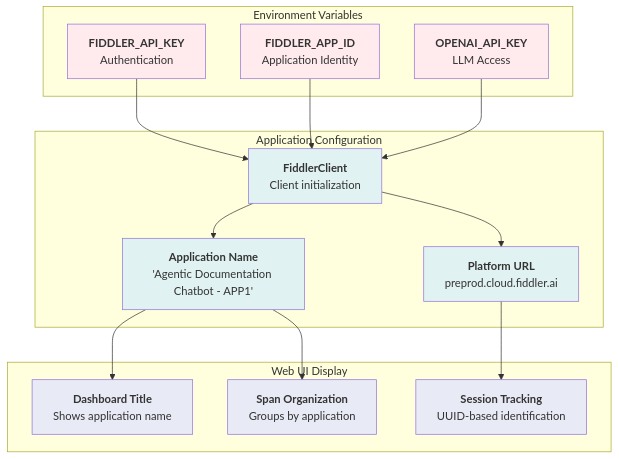
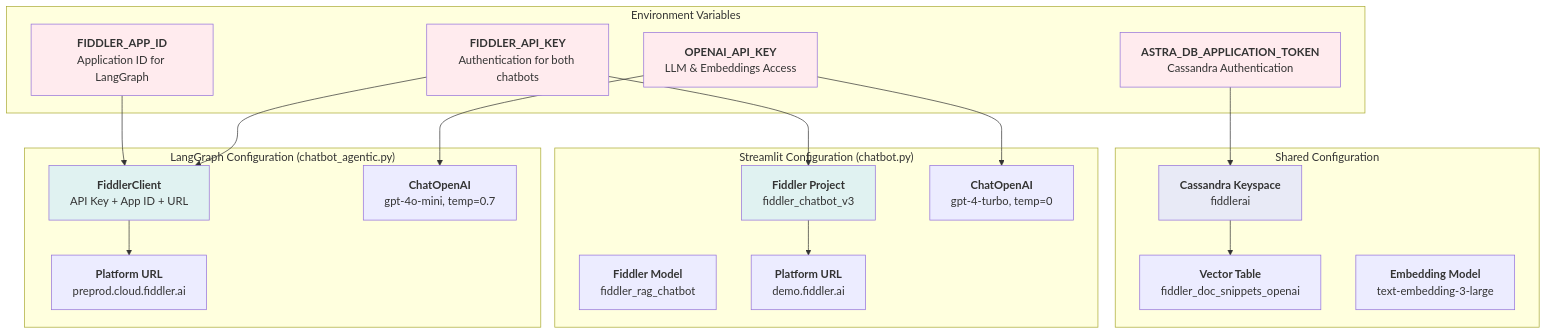
The sixth of 6 diagrams in docs/diagrams/fiddler-monitoring-architecture.md (fiddler-labs/fiddler-chatbot), drawn with Mermaid before and after one commit. The commit also changed other lines of this file and 6 other files, not shown here.

Commit message:
Diagram update routine activity

````diff
--- a/docs/diagrams/fiddler-monitoring-architecture.md
+++ b/docs/diagrams/fiddler-monitoring-architecture.md
@@ -226,50 +278,61 @@
 ```mermaid
 graph TB
     subgraph "Environment Variables"
         A["`**FIDDLER_API_KEY**
-        Authentication`"]
+        Authentication for both chatbots`"]
         B["`**FIDDLER_APP_ID**
-        Application Identity`"]
+        Application ID for LangGraph`"]
         C["`**OPENAI_API_KEY**
-        LLM Access`"]
+        LLM & Embeddings Access`"]
+        D["`**ASTRA_DB_APPLICATION_TOKEN**
+        Cassandra Authentication`"]
     end
     
-    subgraph "Application Configuration"
-        D["`**FiddlerClient**
-        Client initialization`"]
-        E["`**Application Name**
-        'Agentic Documentation Chatbot - APP1'`"]
-        F["`**Platform URL**
+    subgraph "LangGraph Configuration (chatbot_agentic.py)"
+        E["`**FiddlerClient**
+        API Key + App ID + URL`"]
+        F["`**ChatOpenAI**
+        gpt-4o-mini, temp=0.7`"]
+        G["`**Platform URL**
         preprod.cloud.fiddler.ai`"]
     end
     
-    subgraph "Web UI Display"
-        G["`**Dashboard Title**
-        Shows application name`"]
-        H["`**Span Organization**
-        Groups by application`"]
-        I["`**Session Tracking**
-        UUID-based identification`"]
+    subgraph "Streamlit Configuration (chatbot.py)"
+        H["`**Fiddler Project**
+        fiddler_chatbot_v3`"]
+        I["`**Fiddler Model**
+        fiddler_rag_chatbot`"]
+        J["`**ChatOpenAI**
+        gpt-4-turbo, temp=0`"]
+        K["`**Platform URL**
+        demo.fiddler.ai`"]
     end
     
-    A --> D
-    B --> D
-    C --> D
+    subgraph "Shared Configuration"
+        L["`**Cassandra Keyspace**
+        fiddlerai`"]
+        M["`**Vector Table**
+        fiddler_doc_snippets_openai`"]
+        N["`**Embedding Model**
+        text-embedding-3-large`"]
+    end
     
-    D --> E
-    D --> F
+    A --> E
+    A --> H
+    B --> E
+    C --> F
+    C --> J
+    D --> L
     
     E --> G
-    E --> H
-    F --> I
+    H --> K
+    L --> M
     
     style A fill:#ffebee
     style B fill:#ffebee
     style C fill:#ffebee
-    style D fill:#e0f2f1
+    style D fill:#ffebee
     style E fill:#e0f2f1
-    style F fill:#e0f2f1
-    style G fill:#e8eaf6
-    style H fill:#e8eaf6
-    style I fill:#e8eaf6
+    style H fill:#e0f2f1
+    style L fill:#e8eaf6
 ```
````
